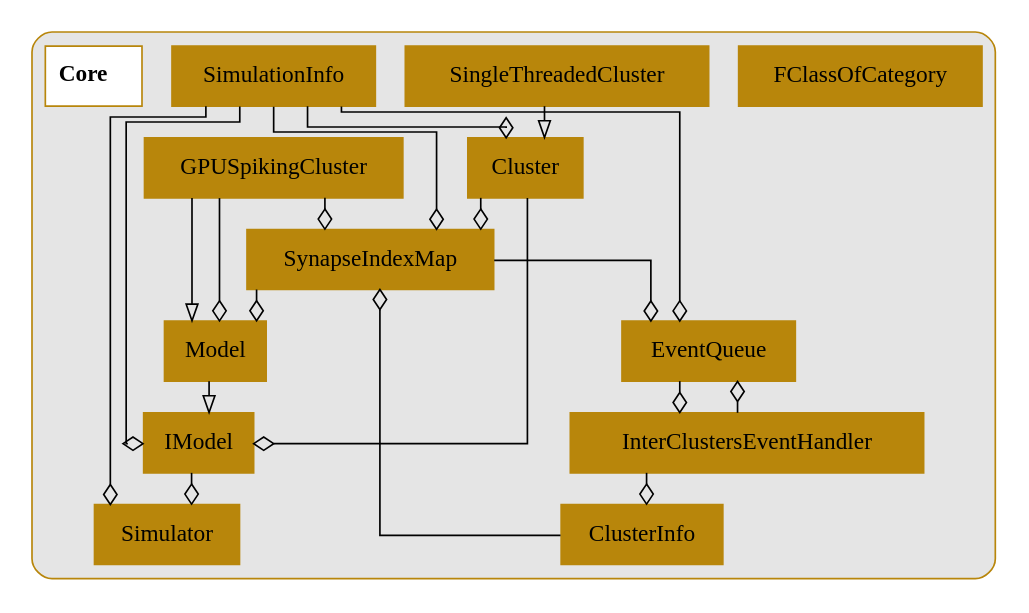
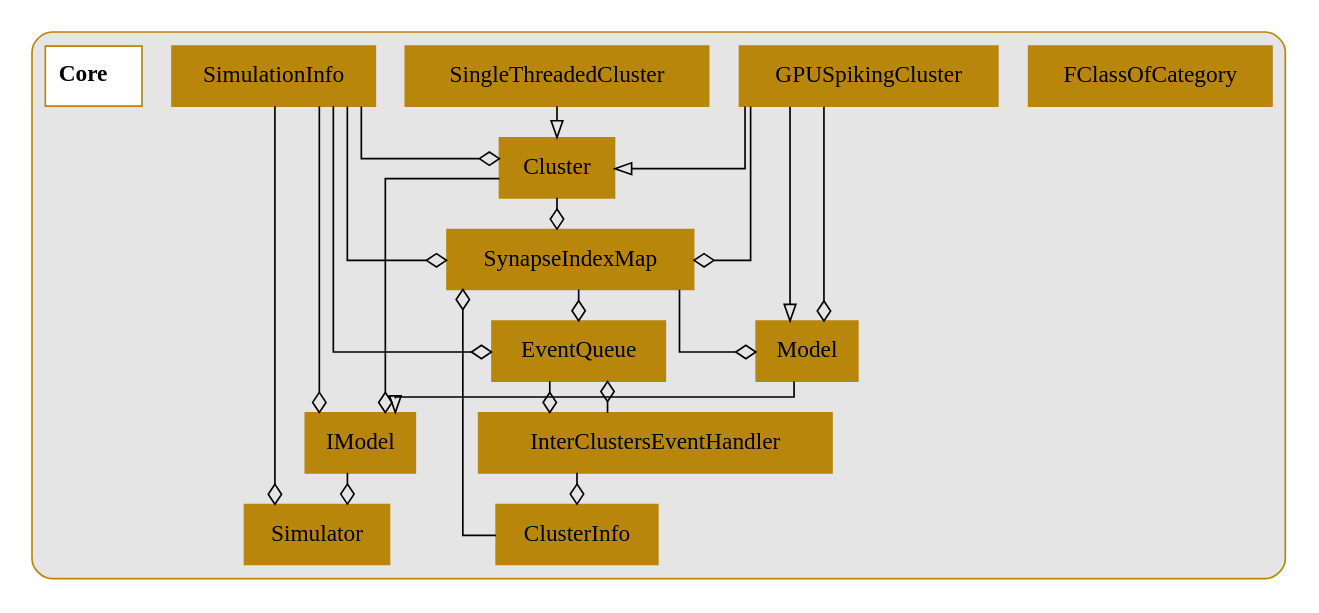
The diagram in Tools/DiagramGenerator/ExampleOutputs/dot_subsystems/Core.dot (UWB-Biocomputing/BrainGrid), drawn with Graphviz before and after one commit. The commit also changed 19 other files, not shown here.

```diff
--- a/Tools/DiagramGenerator/ExampleOutputs/dot_subsystems/Core.dot
+++ b/Tools/DiagramGenerator/ExampleOutputs/dot_subsystems/Core.dot
@@ -1,70 +1,71 @@
 digraph{
 	 graph [splines=ortho]
 
 	subgraph clusterCore {
 		style = rounded
 		bgcolor = grey90
 		color = darkgoldenrod
 		node [shape = record, color = darkgoldenrod];
 
 		Cluster[label = Cluster, style = filled];
 		ClusterInfo[label = ClusterInfo, style = filled];
 		EventQueue[label = EventQueue, style = filled];
 		FClassOfCategory[label = FClassOfCategory, style = filled];
 		GPUSpikingCluster[label = GPUSpikingCluster, style = filled];
 		IModel[label = IModel, style = filled];
 		InterClustersEventHandler[label = InterClustersEventHandler, style = filled];
 		Model[label = Model, style = filled];
 		SimulationInfo[label = SimulationInfo, style = filled];
 		Simulator[label = Simulator, style = filled];
 		SingleThreadedCluster[label = SingleThreadedCluster, style = filled];
 		SynapseIndexMap[label = SynapseIndexMap, style = filled];
 		Core[label =< <B> Core</B>>, style = bold, fillcolor = white, style = filled];
 
 
 		//------LAYOUT FOR SUBGRAPH------
 
 
 		rankdir = BT; // Rank Direction Bottom to Top
-		nodesep = 1.3; // Node Separation
-		ranksep = 1.3; // Rank Separation
+		nodesep = 1.5; // Node Separation
+		ranksep = 1.5; // Rank Separation
 
 
 		//INHERITANCE//
 
 
+		GPUSpikingCluster -> Cluster [arrowhead=empty];
 		GPUSpikingCluster -> Model [arrowhead=empty];
 
 		Model -> IModel [arrowhead=empty];
 
 		SingleThreadedCluster -> Cluster [arrowhead=empty];
 
 
 		//COMPOSITION//
 
 
 		SimulationInfo -> Cluster [arrowhead=ediamond];
 
 		InterClustersEventHandler -> ClusterInfo [arrowhead=ediamond];
 
 		InterClustersEventHandler -> EventQueue [arrowhead=ediamond];
 		SimulationInfo -> EventQueue [arrowhead=ediamond];
 		SynapseIndexMap -> EventQueue [arrowhead=ediamond];
 
 		Cluster -> IModel [arrowhead=ediamond];
 		SimulationInfo -> IModel [arrowhead=ediamond];
 
 		EventQueue -> InterClustersEventHandler [arrowhead=ediamond];
 
 		GPUSpikingCluster -> Model [arrowhead=ediamond];
 		SynapseIndexMap -> Model [arrowhead=ediamond];
 
 		IModel -> Simulator [arrowhead=ediamond];
 		SimulationInfo -> Simulator [arrowhead=ediamond];
 
 		Cluster -> SynapseIndexMap [arrowhead=ediamond];
 		ClusterInfo -> SynapseIndexMap [arrowhead=ediamond];
 		GPUSpikingCluster -> SynapseIndexMap [arrowhead=ediamond];
 		SimulationInfo -> SynapseIndexMap [arrowhead=ediamond];
 	}//end subgraph Core
 }//end digraph
```
